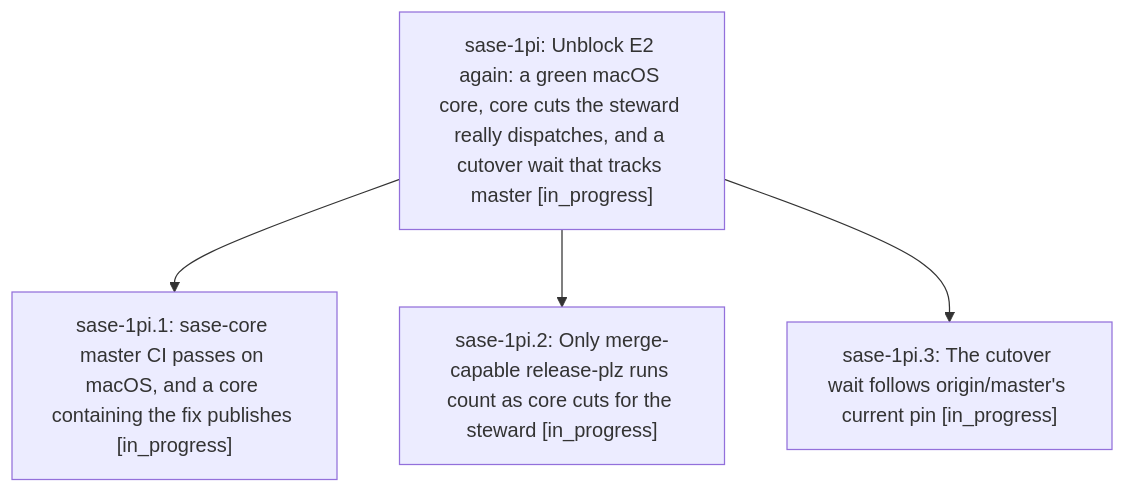
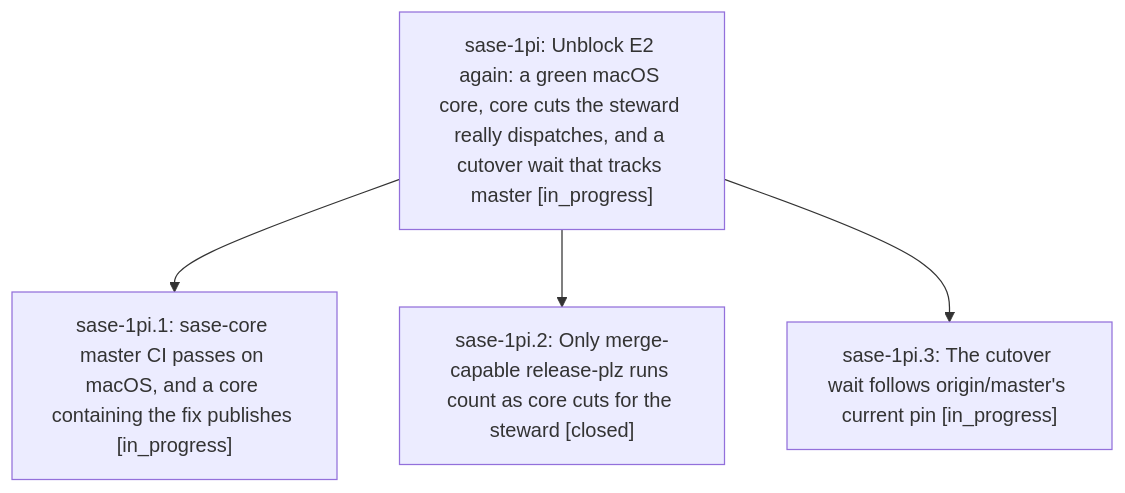
One commit to sase-org/sase--beads changed the diagram in pages/sase-1pi/README.md. Above: the diagram before and after it, drawn with Mermaid. The commit also changed other lines of this file and 2 other files, not shown here.

First line of the commit message:
chore(beads): sync bead state and pages for sase-1pi

````diff
--- a/pages/sase-1pi/README.md
+++ b/pages/sase-1pi/README.md
@@ -24,10 +36,10 @@
 ```mermaid
 flowchart TD
     n0["sase-1pi: Unblock E2 again: a green macOS core, core cuts the steward really dispatches, and a cutover wait that tracks master [in_progress]"]
     n1["sase-1pi.1: sase-core master CI passes on macOS, and a core containing the fix publishes [in_progress]"]
-    n2["sase-1pi.2: Only merge-capable release-plz runs count as core cuts for the steward [in_progress]"]
+    n2["sase-1pi.2: Only merge-capable release-plz runs count as core cuts for the steward [closed]"]
     n3["sase-1pi.3: The cutover wait follows origin/master's current pin [in_progress]"]
     n0 --> n1
     n0 --> n2
     n0 --> n3
 ```
````
